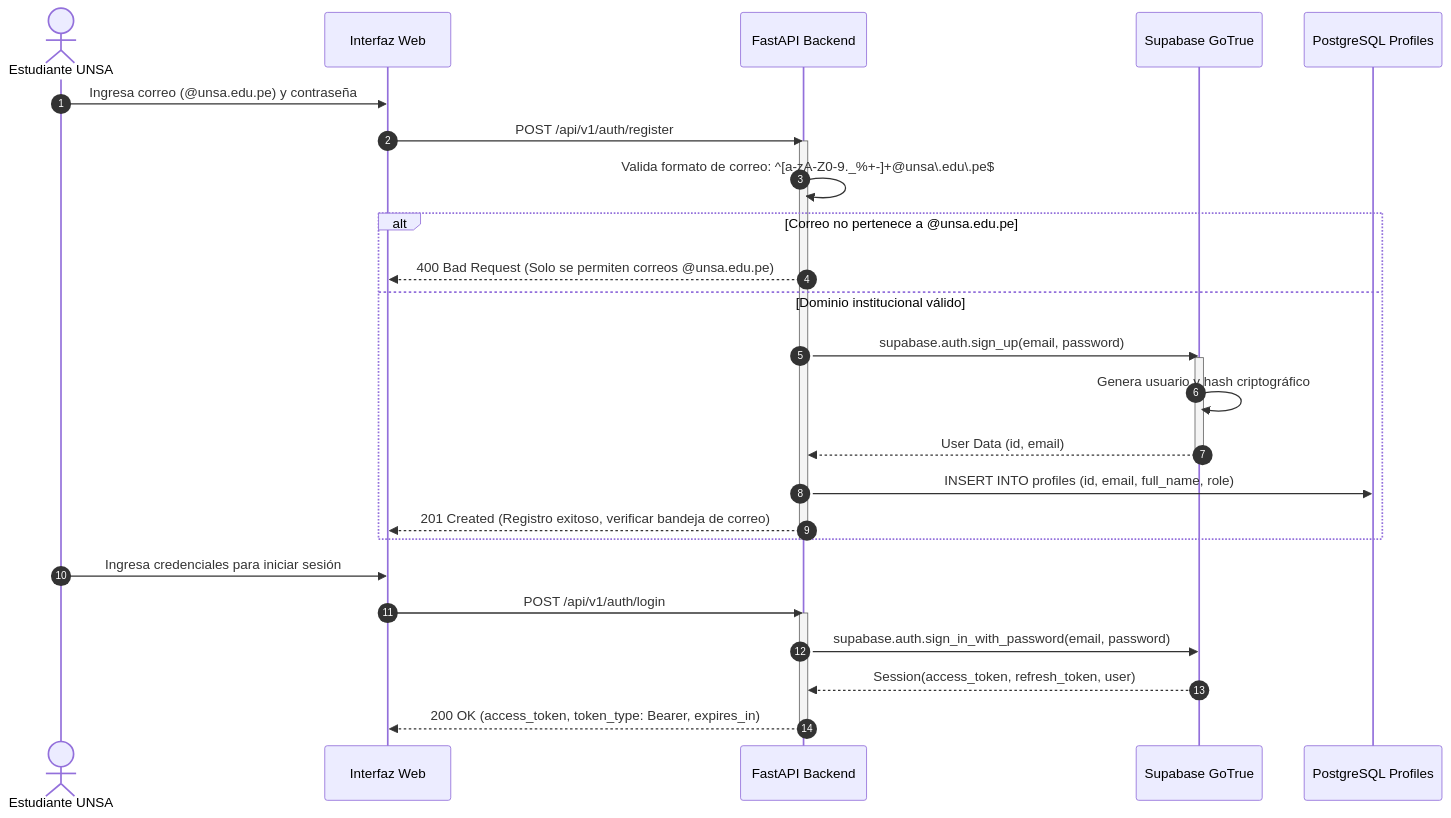
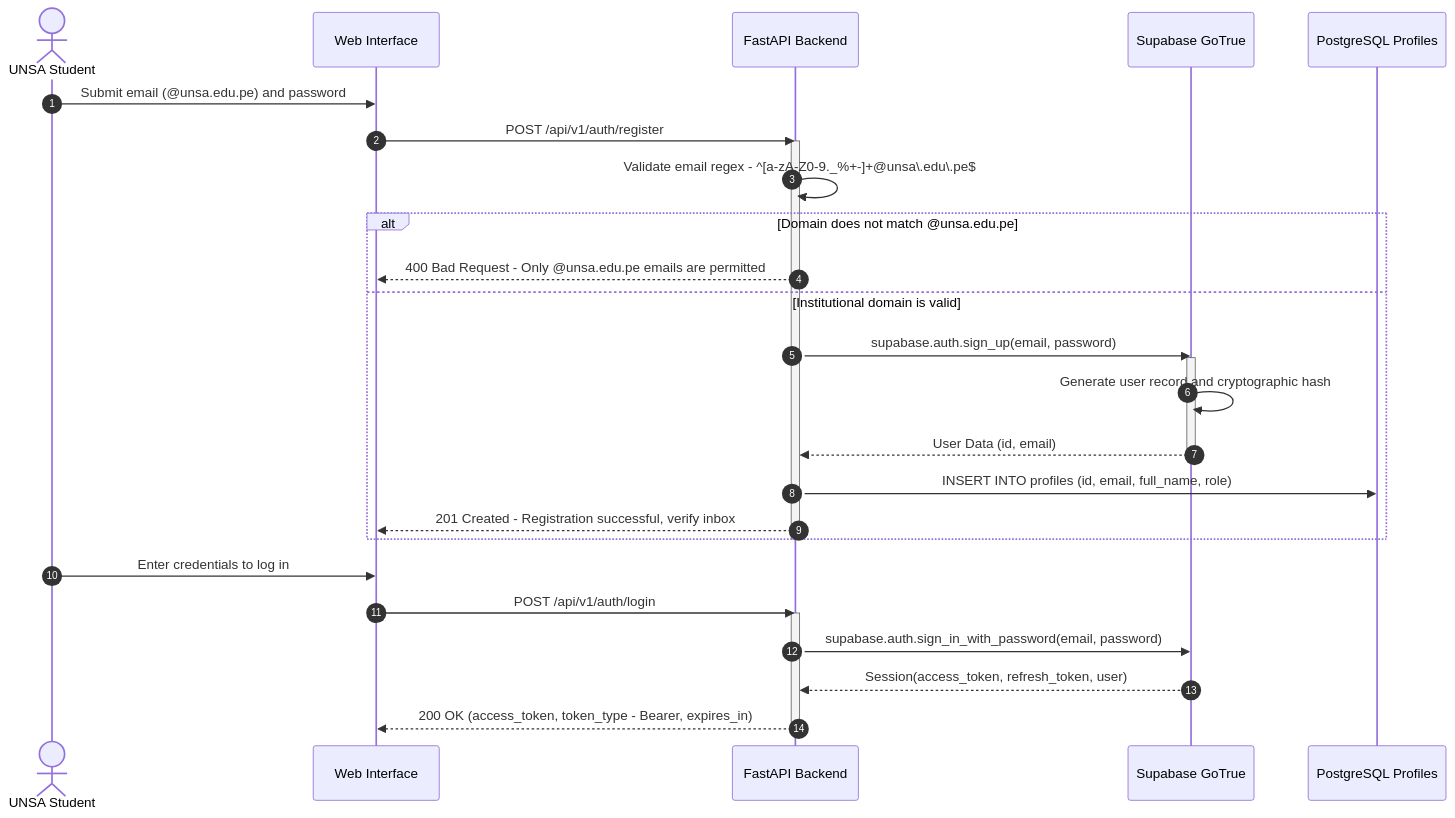
One commit to jorghee/inti-rag changed the diagram in docs/modules/authentication.md. Above: the diagram before and after it, drawn with Mermaid. The commit also changed other lines of this file and 9 other files, not shown here.

````diff
--- a/docs/modules/authentication.md
+++ b/docs/modules/authentication.md
@@ -23,34 +23,34 @@
 ```mermaid
 sequenceDiagram
     autonumber
-    actor Usuario as Estudiante UNSA
-    participant Web as Interfaz Web
+    actor User as UNSA Student
+    participant Web as Web Interface
     participant API as FastAPI Backend
     participant Auth as Supabase GoTrue
     participant DB as PostgreSQL Profiles
 
-    Usuario->>Web: Ingresa correo (@unsa.edu.pe) y contraseña
+    User->>Web: Submit email (@unsa.edu.pe) and password
     Web->>API: POST /api/v1/auth/register
     activate API
-    API->>API: Valida formato de correo: ^[a-zA-Z0-9._%+-]+@unsa\.edu\.pe$
-    alt Correo no pertenece a @unsa.edu.pe
-        API-->>Web: 400 Bad Request (Solo se permiten correos @unsa.edu.pe)
-    else Dominio institucional válido
+    API->>API: Validate email regex - ^[a-zA-Z0-9._%+-]+@unsa\.edu\.pe$
+    alt Domain does not match @unsa.edu.pe
+        API-->>Web: 400 Bad Request - Only @unsa.edu.pe emails are permitted
+    else Institutional domain is valid
         API->>Auth: supabase.auth.sign_up(email, password)
         activate Auth
-        Auth->>Auth: Genera usuario y hash criptográfico
+        Auth->>Auth: Generate user record and cryptographic hash
         Auth-->>API: User Data (id, email)
         deactivate Auth
         API->>DB: INSERT INTO profiles (id, email, full_name, role)
-        API-->>Web: 201 Created (Registro exitoso, verificar bandeja de correo)
+        API-->>Web: 201 Created - Registration successful, verify inbox
     end
     deactivate API
 
-    Usuario->>Web: Ingresa credenciales para iniciar sesión
+    User->>Web: Enter credentials to log in
     Web->>API: POST /api/v1/auth/login
     activate API
     API->>Auth: supabase.auth.sign_in_with_password(email, password)
     Auth-->>API: Session(access_token, refresh_token, user)
-    API-->>Web: 200 OK (access_token, token_type: Bearer, expires_in)
+    API-->>Web: 200 OK (access_token, token_type - Bearer, expires_in)
     deactivate API
 ```
````
